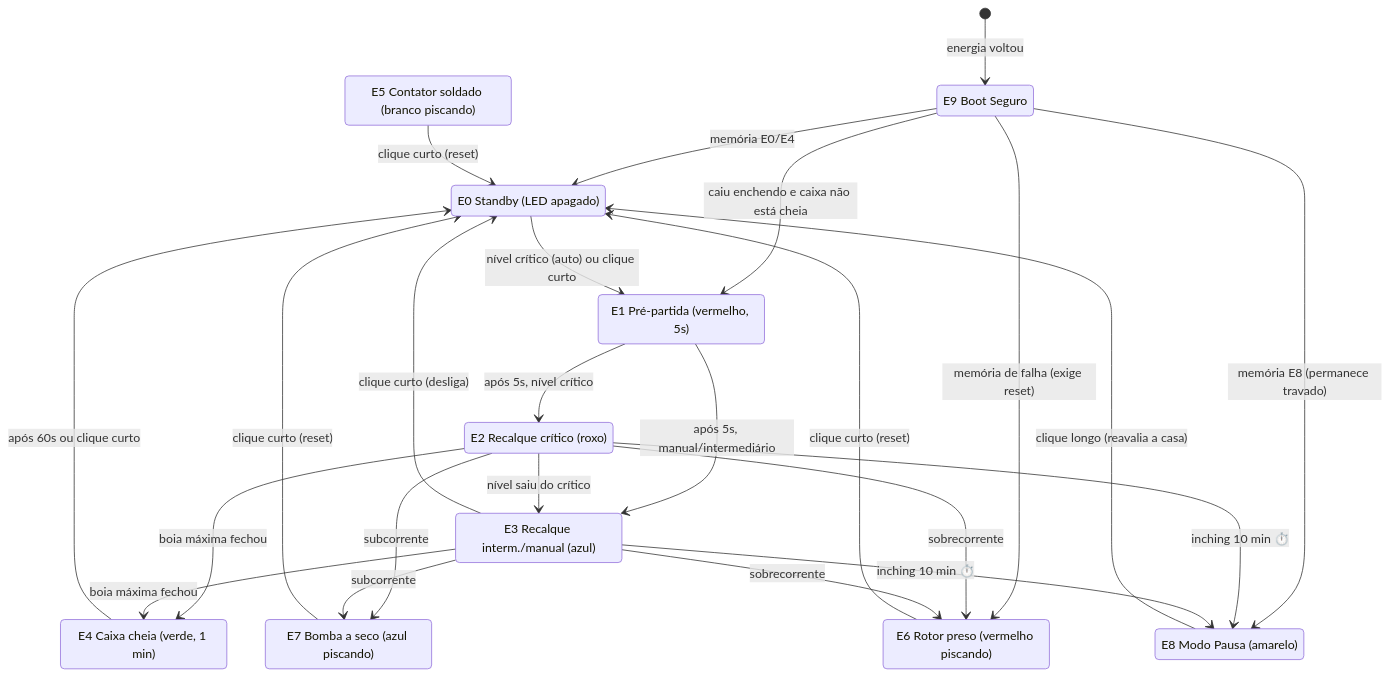
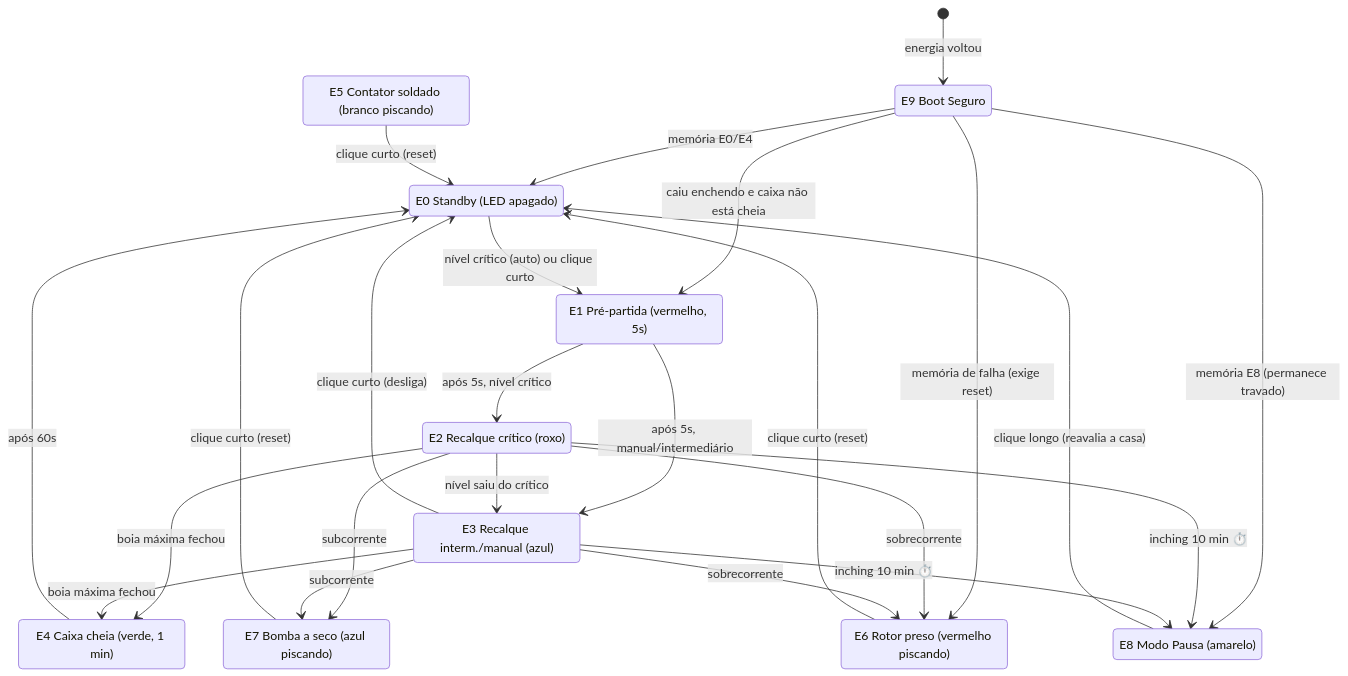
One commit to willianrupert/caixa-dagua-esphome changed the diagram in README.md. Above: the diagram before and after it, drawn with Mermaid. The commit also changed 3 other files, not shown here.

````diff
--- a/README.md
+++ b/README.md
@@ -28,41 +28,41 @@
 ```mermaid
 stateDiagram-v2
     direction TB
     [*] --> E9: energia voltou
     E9: E9 Boot Seguro
     E0: E0 Standby (LED apagado)
     E1: E1 Pré-partida (vermelho, 5s)
     E2: E2 Recalque crítico (roxo)
     E3: E3 Recalque interm./manual (azul)
     E4: E4 Caixa cheia (verde, 1 min)
     E5: E5 Contator soldado (branco piscando)
     E6: E6 Rotor preso (vermelho piscando)
     E7: E7 Bomba a seco (azul piscando)
     E8: E8 Modo Pausa (amarelo)
 
     E9 --> E0: memória E0/E4
     E9 --> E1: caiu enchendo e caixa não está cheia
     E9 --> E8: memória E8 (permanece travado)
     E9 --> E6: memória de falha (exige reset)
 
     E0 --> E1: nível crítico (auto) ou clique curto
     E1 --> E2: após 5s, nível crítico
     E1 --> E3: após 5s, manual/intermediário
     E2 --> E3: nível saiu do crítico
     E2 --> E4: boia máxima fechou
     E3 --> E4: boia máxima fechou
     E3 --> E0: clique curto (desliga)
-    E4 --> E0: após 60s ou clique curto
+    E4 --> E0: após 60s
 
     E2 --> E6: sobrecorrente
     E2 --> E7: subcorrente
     E3 --> E6: sobrecorrente
     E3 --> E7: subcorrente
     E6 --> E0: clique curto (reset)
     E7 --> E0: clique curto (reset)
     E5 --> E0: clique curto (reset)
 
     E2 --> E8: inching 10 min ⏱️
     E3 --> E8: inching 10 min ⏱️
     E8 --> E0: clique longo (reavalia a casa)
 ```
````
